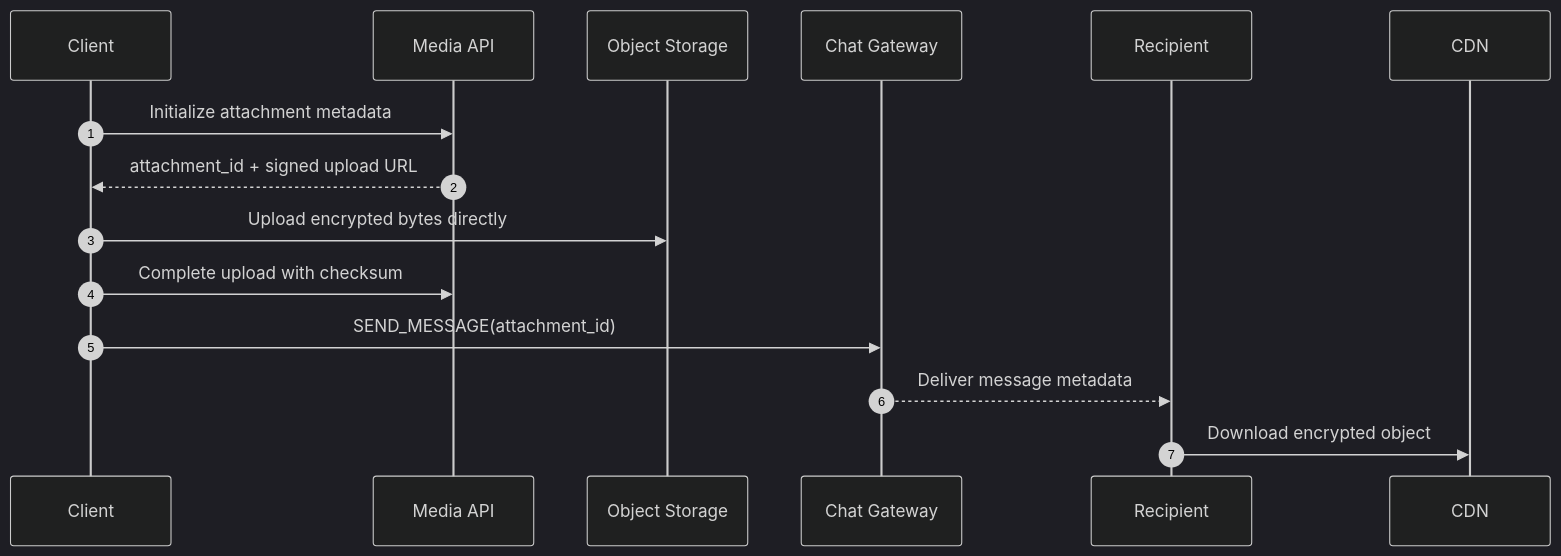
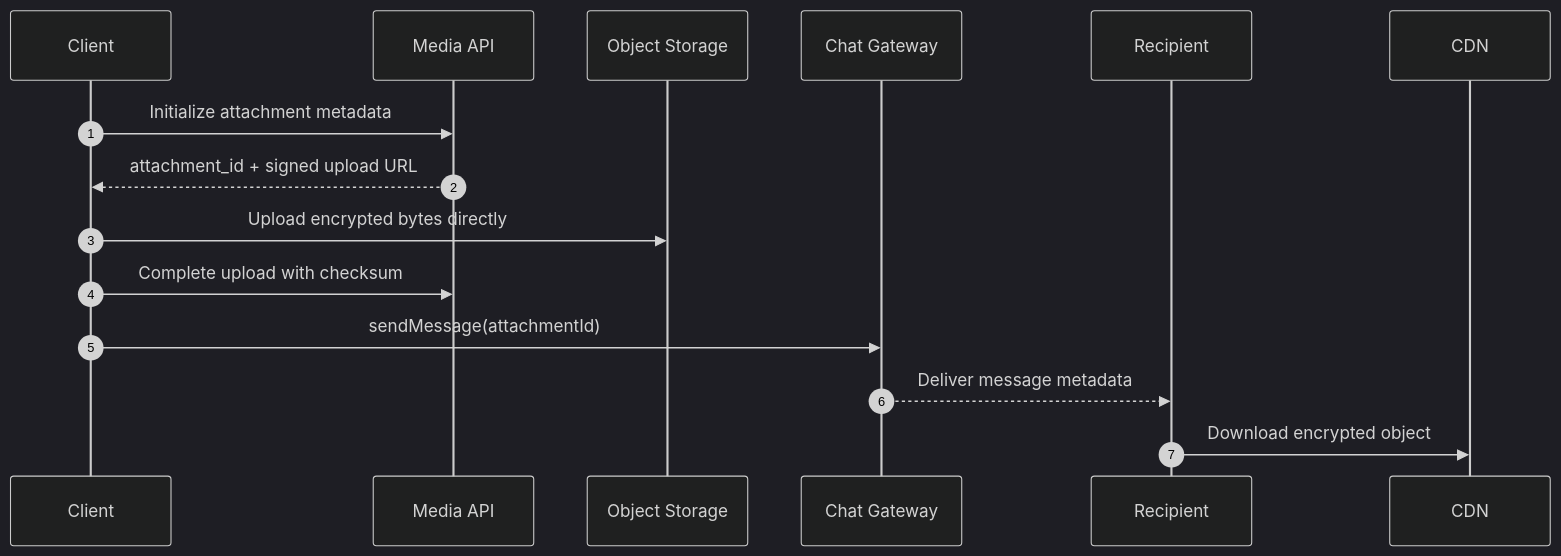
The sixth of 6 diagrams in whatsapp_system_design.md (ying8020/SD), drawn with Mermaid (dark theme) before and after one commit. The commit also changed other lines of this file, not shown here.

````diff
--- a/whatsapp_system_design.md
+++ b/whatsapp_system_design.md
@@ -312,18 +511,18 @@
 ```mermaid
 sequenceDiagram
     autonumber
     participant C as Client
     participant M as Media API
     participant O as Object Storage
     participant G as Chat Gateway
     participant R as Recipient
     participant CDN as CDN
 
     C->>M: Initialize attachment metadata
     M-->>C: attachment_id + signed upload URL
     C->>O: Upload encrypted bytes directly
     C->>M: Complete upload with checksum
-    C->>G: SEND_MESSAGE(attachment_id)
+    C->>G: sendMessage(attachmentId)
     G-->>R: Deliver message metadata
     R->>CDN: Download encrypted object
 ```
````
